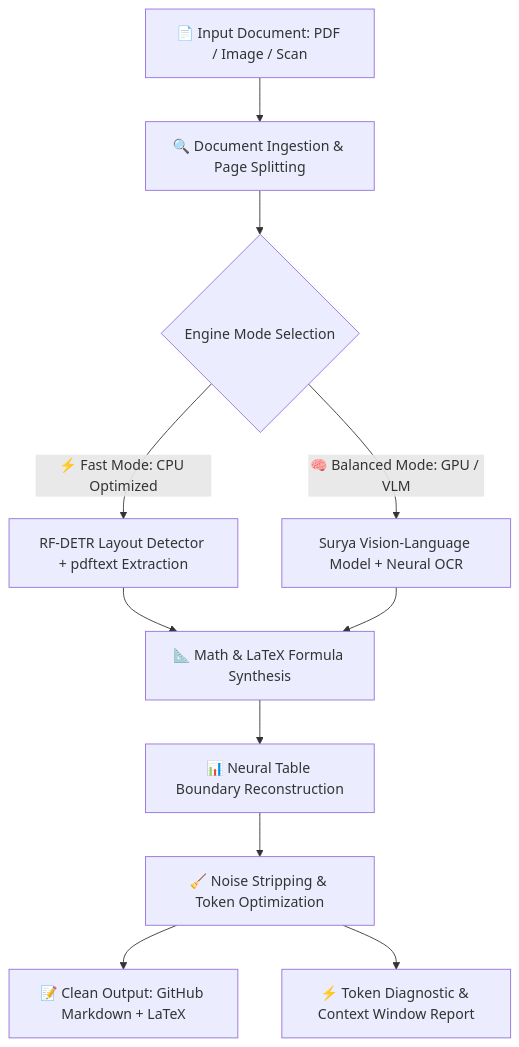
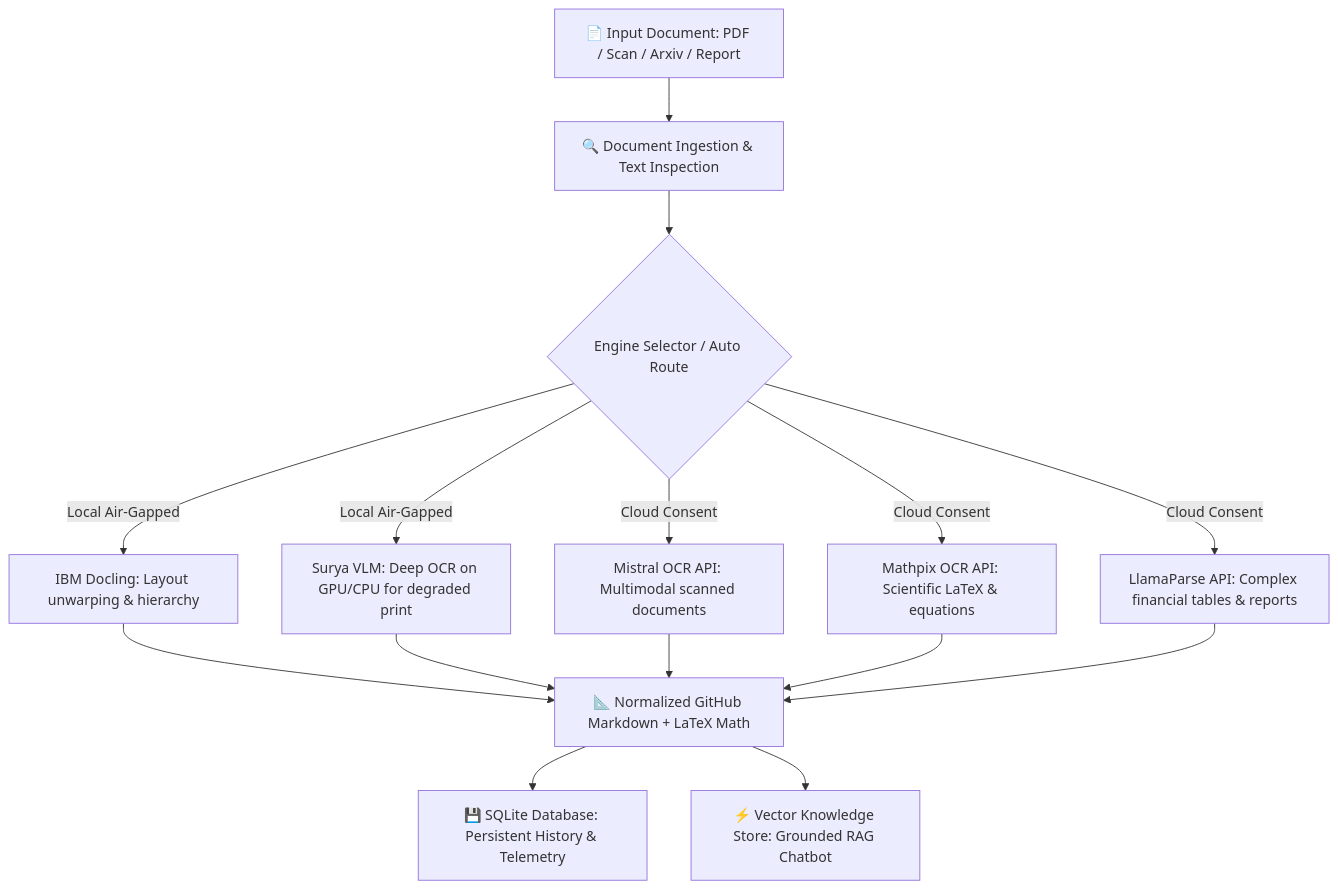
One commit to Adarsh-Singh-Chauhan/DOCFORGE changed the diagram in README.md. Above: the diagram before and after it, drawn with Mermaid. The commit also changed other lines of this file and 2 other files, not shown here.

````diff
--- a/README.md
+++ b/README.md
@@ -40,17 +41,20 @@
 ```mermaid
 graph TD
-    A[📄 Input Document: PDF / Image / Scan] --> B[🔍 Document Ingestion & Page Splitting]
-    B --> C{Engine Mode Selection}
+    A[📄 Input Document: PDF / Scan / Arxiv / Report] --> B[🔍 Document Ingestion & Text Inspection]
+    B --> C{Engine Selector / Auto Route}
     
-    C -->|⚡ Fast Mode: CPU Optimized| D[RF-DETR Layout Detector + pdftext Extraction]
-    C -->|🧠 Balanced Mode: GPU / VLM| E[Surya Vision-Language Model + Neural OCR]
+    C -->|Local Air-Gapped| D[IBM Docling: Layout unwarping & hierarchy]
+    C -->|Local Air-Gapped| E[Surya VLM: Deep OCR on GPU/CPU for degraded print]
+    C -->|Cloud Consent| F[Mistral OCR API: Multimodal scanned documents]
+    C -->|Cloud Consent| G[Mathpix OCR API: Scientific LaTeX & equations]
+    C -->|Cloud Consent| H[LlamaParse API: Complex financial tables & reports]
     
-    D --> F[📐 Math & LaTeX Formula Synthesis]
-    E --> F
+    D --> I[📐 Normalized GitHub Markdown + LaTeX Math]
+    E --> I
+    F --> I
+    G --> I
+    H --> I
     
-    F --> G[📊 Neural Table Boundary Reconstruction]
-    G --> H[🧹 Noise Stripping & Token Optimization]
-    
-    H --> I[📝 Clean Output: GitHub Markdown + LaTeX]
-    H --> J[⚡ Token Diagnostic & Context Window Report]
+    I --> J[💾 SQLite Database: Persistent History & Telemetry]
+    I --> K[⚡ Vector Knowledge Store: Grounded RAG Chatbot]
 ```
````
